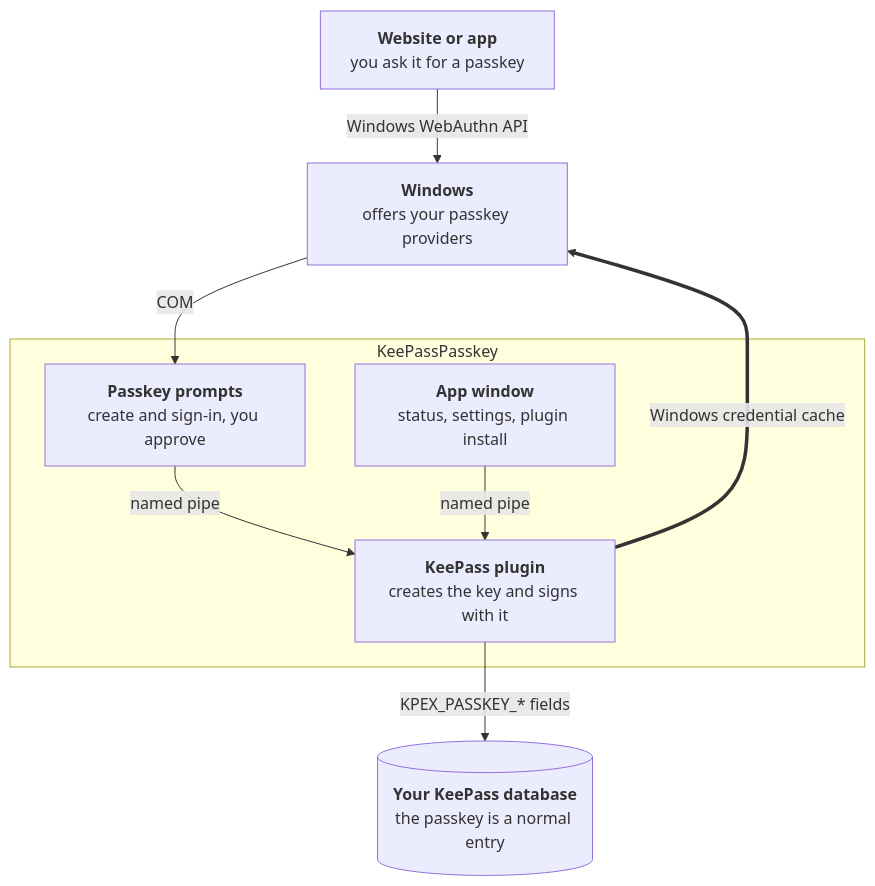
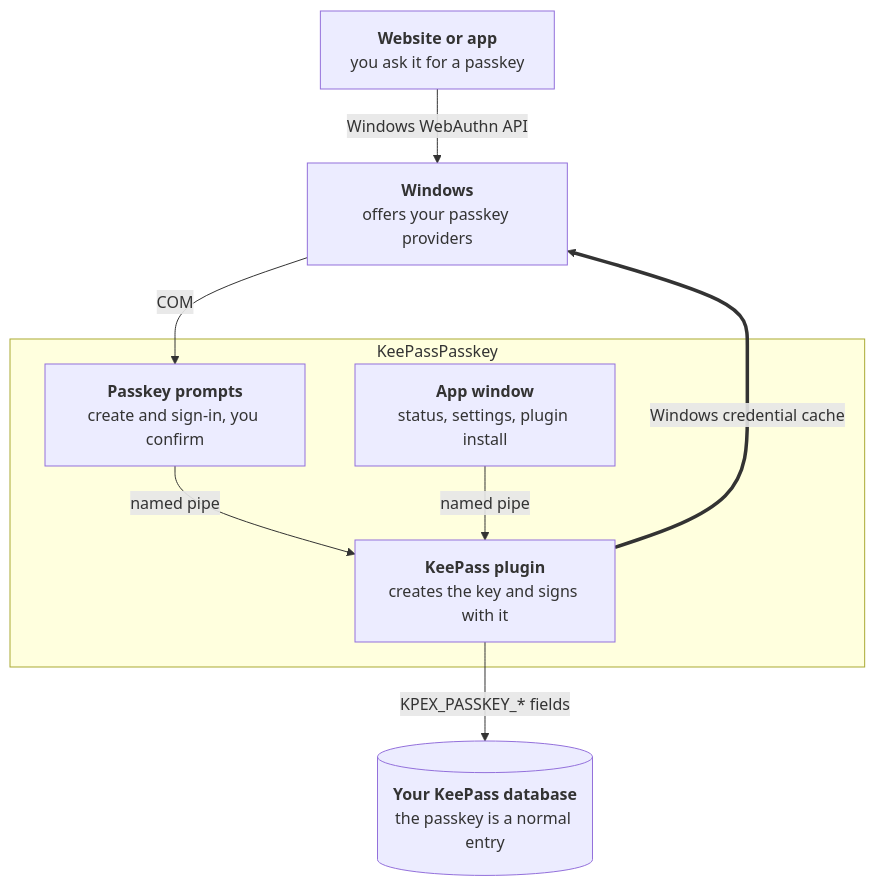
One commit to yusei36/KeePassPasskey changed the diagram in README.md. Above: the diagram before and after it, drawn with Mermaid. The commit also changed other lines of this file and 6 other files, not shown here.

````diff
--- a/README.md
+++ b/README.md
@@ -28,27 +28,27 @@
 ```mermaid
 %%{init: {'flowchart': {'useMaxWidth': false}}}%%
 flowchart TB
     Site["`**Website or app**
 you ask it for a passkey`"]
     Win["`**Windows**
 offers your passkey providers`"]
 
     subgraph KPP ["KeePassPasskey"]
         Prompt["`**Passkey prompts**
-create and sign-in, you approve`"]
+create and sign-in, you confirm`"]
         UI["`**App window**
 status, settings, plugin install`"]
         Plug["`**KeePass plugin**
 creates the key and signs with it`"]
     end
 
     DB[("`**Your KeePass database**
 the passkey is a normal entry`")]
 
     Site -->|Windows WebAuthn API| Win
     Win -->|COM| Prompt
     Prompt -->|named pipe| Plug
     UI -->|named pipe| Plug
     Plug -->|KPEX_PASSKEY_* fields| DB
     Plug ==>|Windows credential cache| Win
 ```
````
